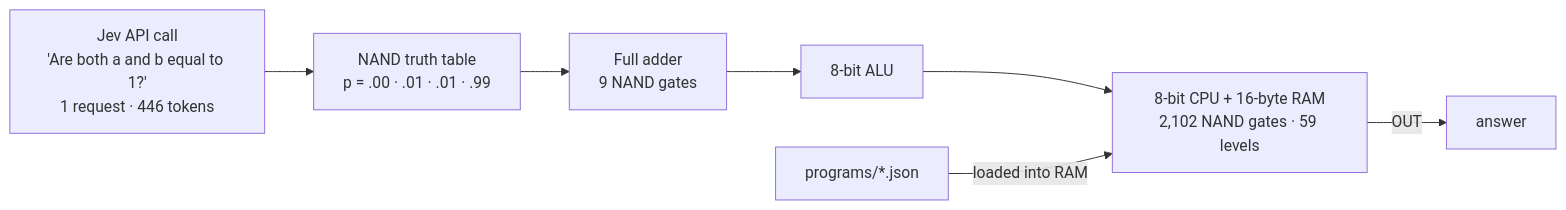
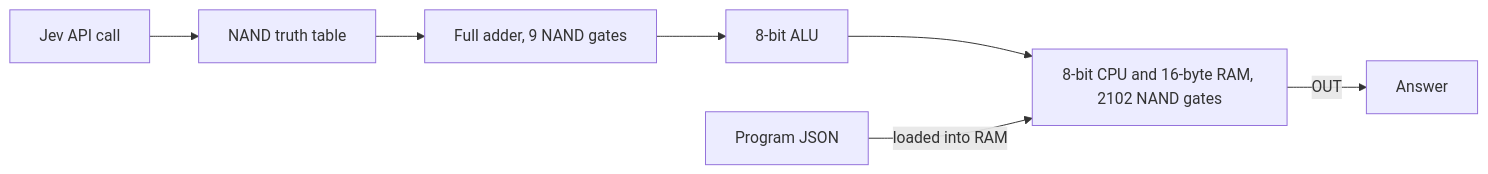
One commit to RiwRiwara/jev-computer changed the first of 3 diagrams in README.md. Above: the diagram before and after it, drawn with Mermaid. The commit also changed other lines of this file and 1 other file, not shown here.

Commit message:
Simplify Mermaid diagrams so GitHub renders them

````diff
--- a/README.md
+++ b/README.md
@@ -13,12 +13,9 @@
 ```mermaid
 flowchart LR
-    Q["Jev API call<br/>'Are both a and b equal to 1?'<br/>1 request · 446 tokens"]
-    T["NAND truth table<br/>p = .00 · .01 · .01 · .99"]
-    FA["Full adder<br/>9 NAND gates"]
-    ALU["8-bit ALU"]
-    CPU["8-bit CPU + 16-byte RAM<br/>2,102 NAND gates · 59 levels"]
-    P["programs/*.json"]
-    Q --> T --> FA --> ALU --> CPU
-    P -- "loaded into RAM" --> CPU
-    CPU -- "OUT" --> A["answer"]
+    Q[Jev API call] --> T[NAND truth table]
+    T --> FA[Full adder, 9 NAND gates]
+    FA --> ALU[8-bit ALU]
+    ALU --> CPU[8-bit CPU and 16-byte RAM, 2102 NAND gates]
+    P[Program JSON] -->|loaded into RAM| CPU
+    CPU -->|OUT| ANS[Answer]
 ```
````
